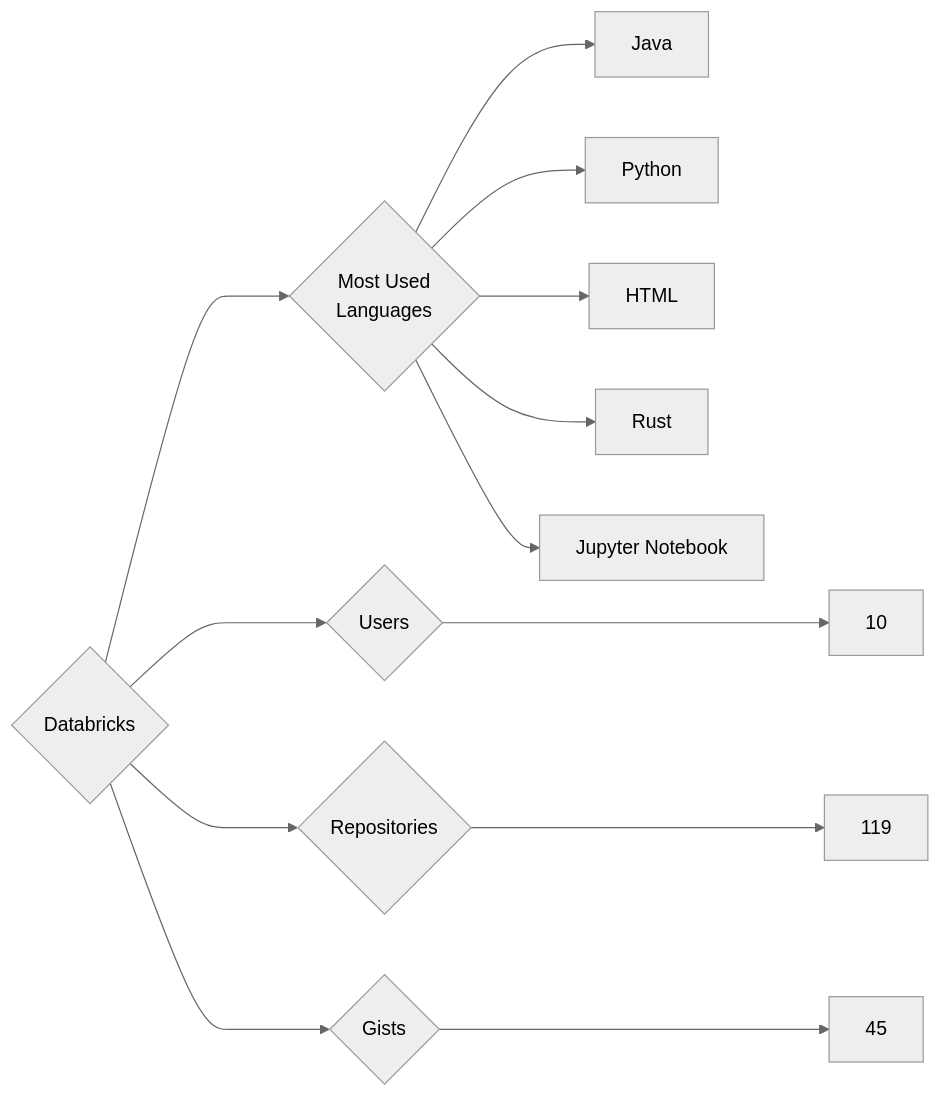
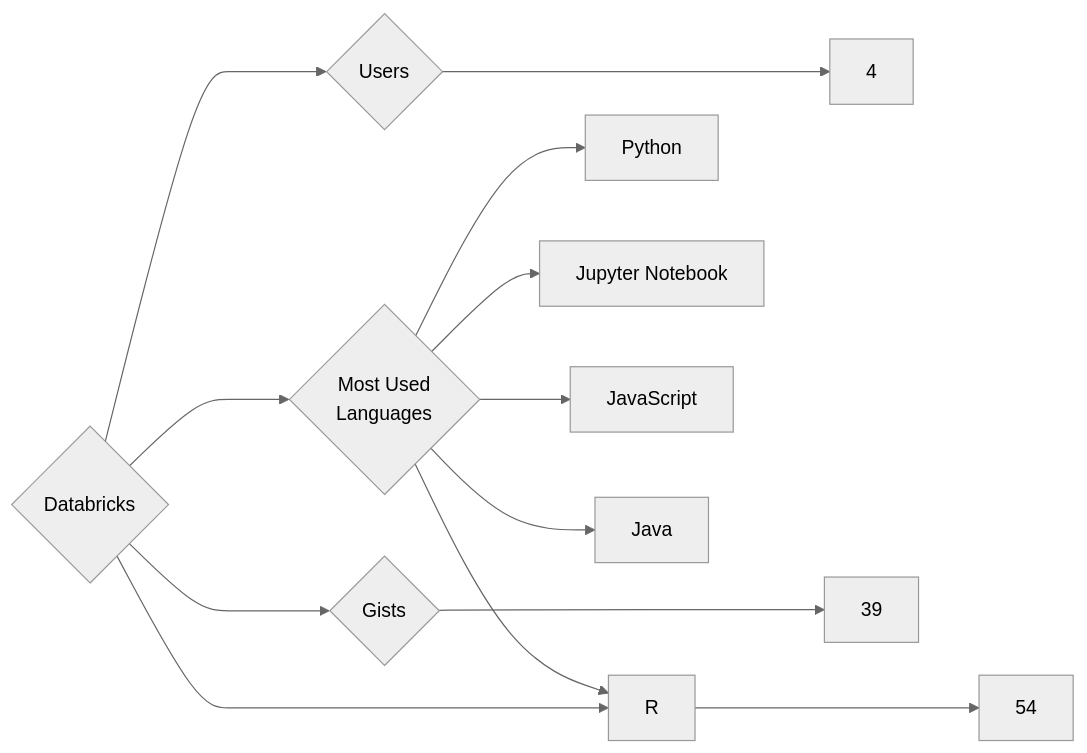
The diagram in targets/Databricks/README.md (trickest/insiders), drawn with Mermaid (neutral theme) before and after one commit. The commit also changed 857 other files, not shown here.

````diff
--- a/targets/Databricks/README.md
+++ b/targets/Databricks/README.md
@@ -3,13 +3,13 @@
 ```mermaid
 graph LR
 COMPANY_NAME{Databricks}
-COMPANY_NAME ---> U{Users} ---> UN[10]
-COMPANY_NAME ---> R{Repositories} ---> RN[119]
-COMPANY_NAME ---> G{Gists} ---> GN[45]
+COMPANY_NAME ---> U{Users} ---> UN[4]
+COMPANY_NAME ---> R{Repositories} ---> RN[54]
+COMPANY_NAME ---> G{Gists} ---> GN[39]
 COMPANY_NAME ---> ML{Most Used<br>Languages}
+ML --> Python[Python]
+ML --> Jupyter_Notebook[Jupyter Notebook]
+ML --> JavaScript[JavaScript]
 ML --> Java[Java]
-ML --> Python[Python]
-ML --> HTML[HTML]
-ML --> Rust[Rust]
-ML --> Jupyter_Notebook[Jupyter Notebook]
+ML --> R[R]
 ```
````
